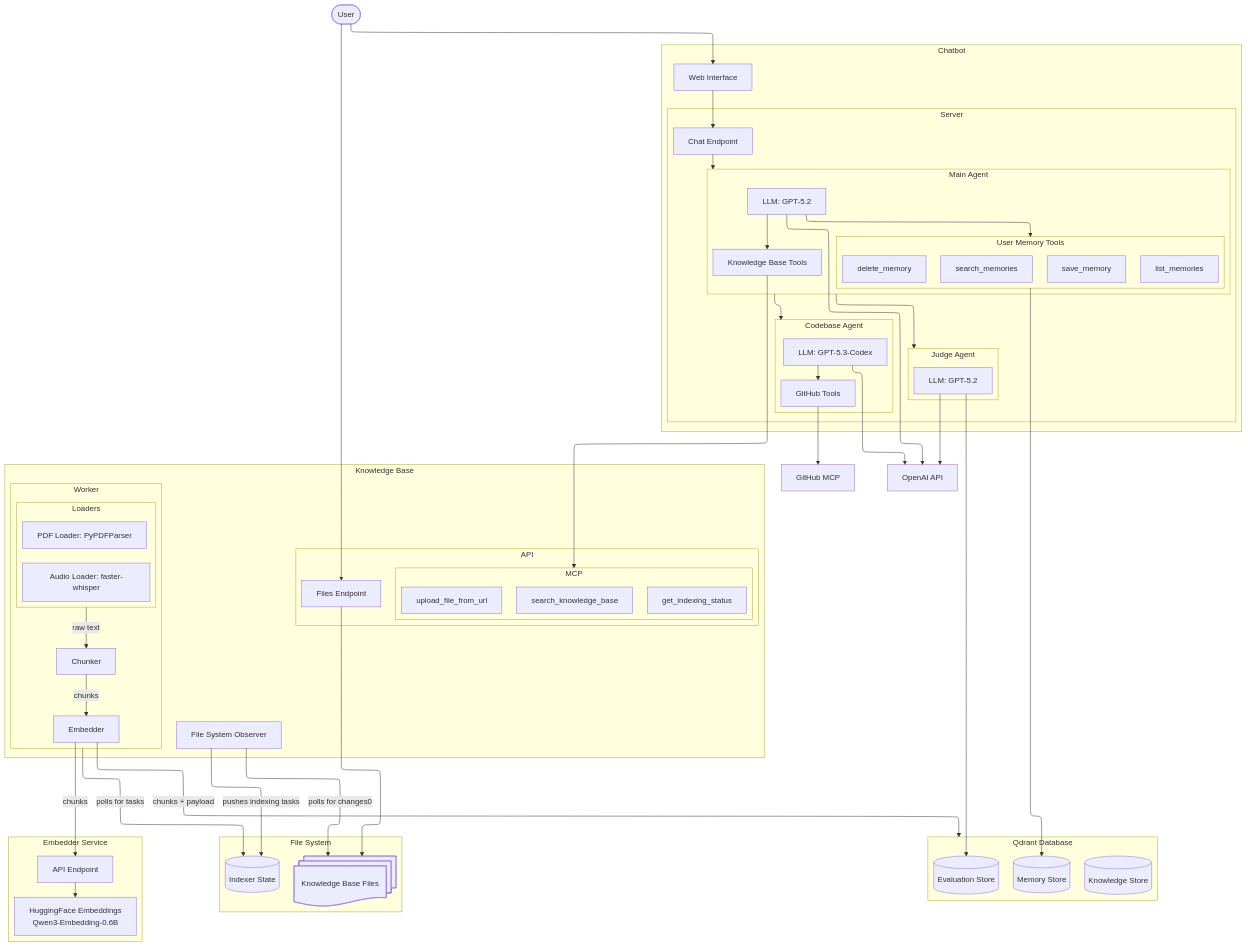
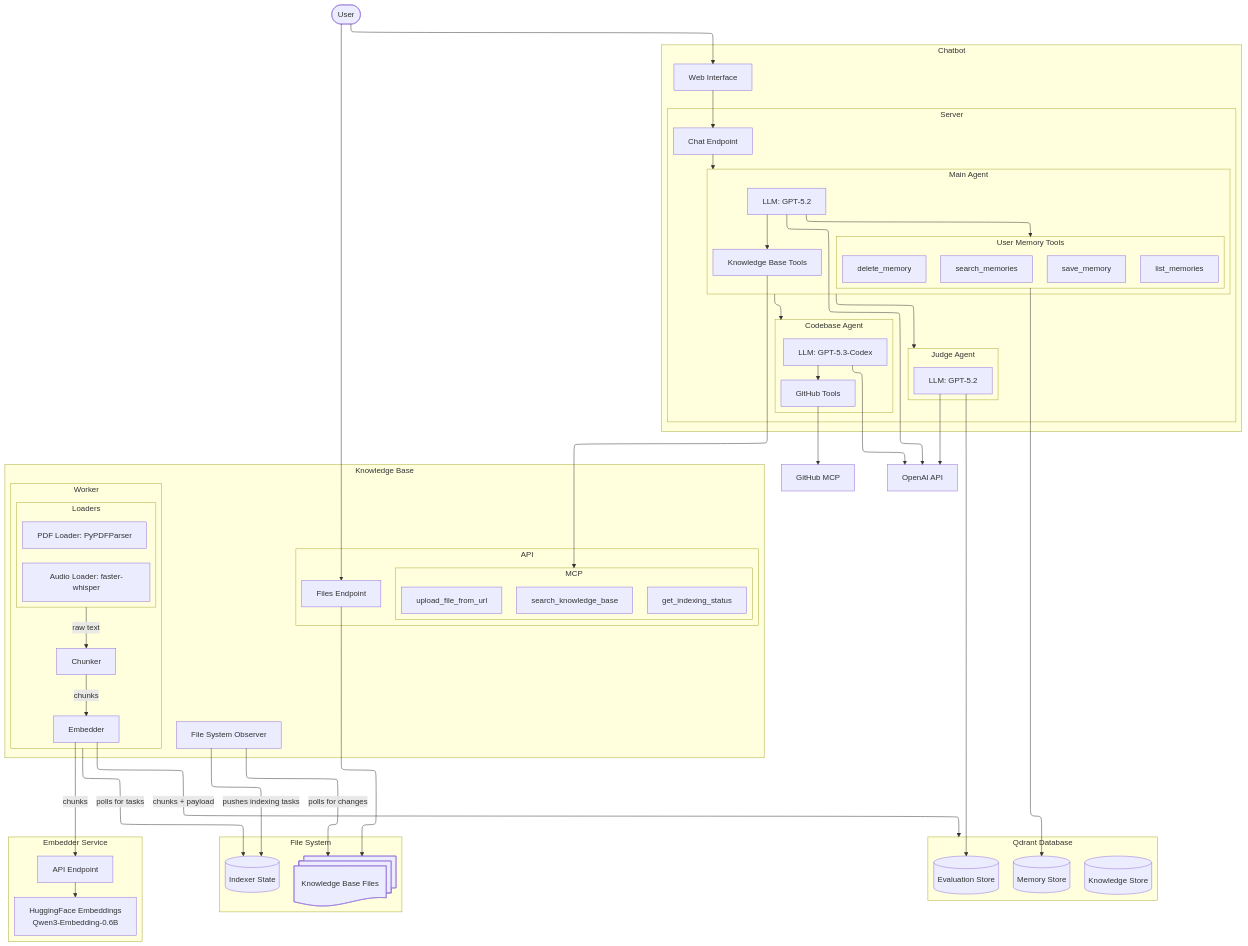
One commit to Anddrrew/ai_academy_capstone changed the diagram in architecture.mmd. Above: the diagram before and after it, drawn with Mermaid. The commit also changed 10 other files, not shown here.

```diff
--- a/architecture.mmd
+++ b/architecture.mmd
@@ -1,98 +1,98 @@
 ---
 config:
   layout: elk
   theme: default
 ---
 flowchart TB
   user([User])
   subgraph chatbot["Chatbot"]
     web_ui[Web Interface]
     subgraph server["Server"]
         chat_endpoint[Chat Endpoint]
         subgraph main_agent["Main Agent"]
             main_llm[LLM: GPT-5.2]
             subgraph memory_tools["User Memory Tools"]
                 search_memories
                 save_memory
                 delete_memory
                 list_memories
             end
             kb_tools[Knowledge Base Tools]
             main_llm --> kb_tools
             main_llm --> memory_tools
         end
         subgraph research_agent["Codebase Agent"]
             research_llm[LLM: GPT-5.3-Codex]
             github_tools[GitHub Tools]
             research_llm --> github_tools
         end
         subgraph judge_agent["Judge Agent"]
             judge_llm[LLM: GPT-5.2]
         end
         chat_endpoint --> main_agent
         main_agent --> research_agent
         main_agent --> judge_agent
     end
     web_ui --> chat_endpoint
   end
   subgraph knowledge_base["Knowledge Base"]
     direction LR
     observer[File System Observer]
     subgraph worker["Worker"]
         chunker[Chunker]
         embed_chunks[Embedder]
         subgraph loaders["Loaders"]
             direction BT
             pdf_loader[PDF Loader: PyPDFParser]
             audio_loader[Audio Loader: faster-whisper]
         end
         loaders --> |raw text| chunker
         chunker --> |chunks| embed_chunks
     end
     subgraph kb_api["API"]
         files_endpoint[Files Endpoint]
         subgraph kb_mcp["MCP"]
             search_knowledge_base
             get_indexing_status
             upload_file_from_url
         end
     end
   end
   subgraph vector_db["Qdrant Database"]
     direction TB
     knowledge_store[(Knowledge Store)]
     evaluation_store[(Evaluation Store)]
     memory_store[(Memory Store)]
   end
   subgraph file_system["File System"]
     indexer_state[(Indexer State)]
     docs["Knowledge Base Files"]
   end
   subgraph embedder_service["Embedder Service"]
     direction TB
     embed_model["HuggingFace Embeddings<br/>Qwen3-Embedding-0.6B"]
     embed_api["API Endpoint"]
     embed_api --> embed_model
   end
 
 
   github_mcp[GitHub MCP]
   openai_api[OpenAI API]
-  observer -->|polls for changes0| docs
+  observer -->|polls for changes| docs
   observer --> |pushes indexing tasks| indexer_state
   worker -->|polls for tasks| indexer_state
   user --> web_ui
   user --> files_endpoint --> docs
   kb_tools --> kb_mcp
   main_llm --> openai_api
   research_llm --> openai_api
   judge_llm --> openai_api
   judge_llm --> evaluation_store
   memory_tools --> memory_store
   github_tools --> github_mcp
 
   embed_chunks --> |chunks| embed_api
   embed_chunks ---> |chunks + payload| vector_db
 
 
   docs@{ shape: docs}
```
